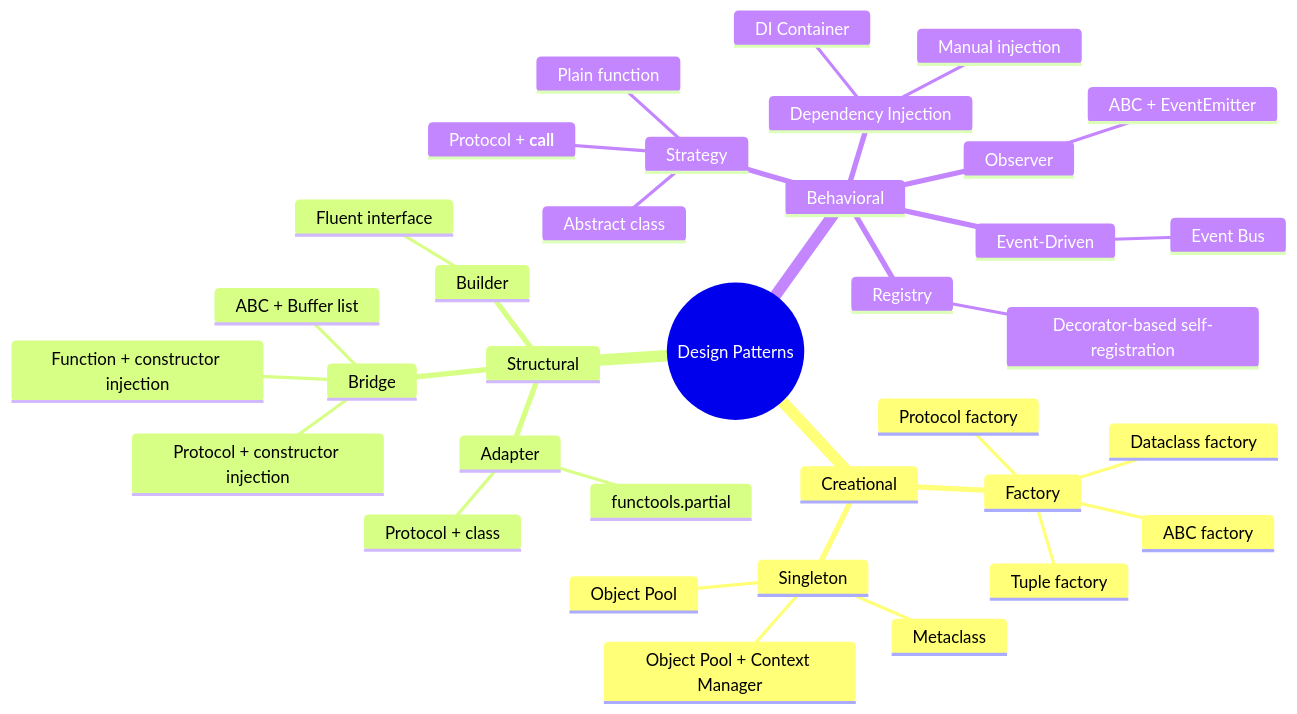
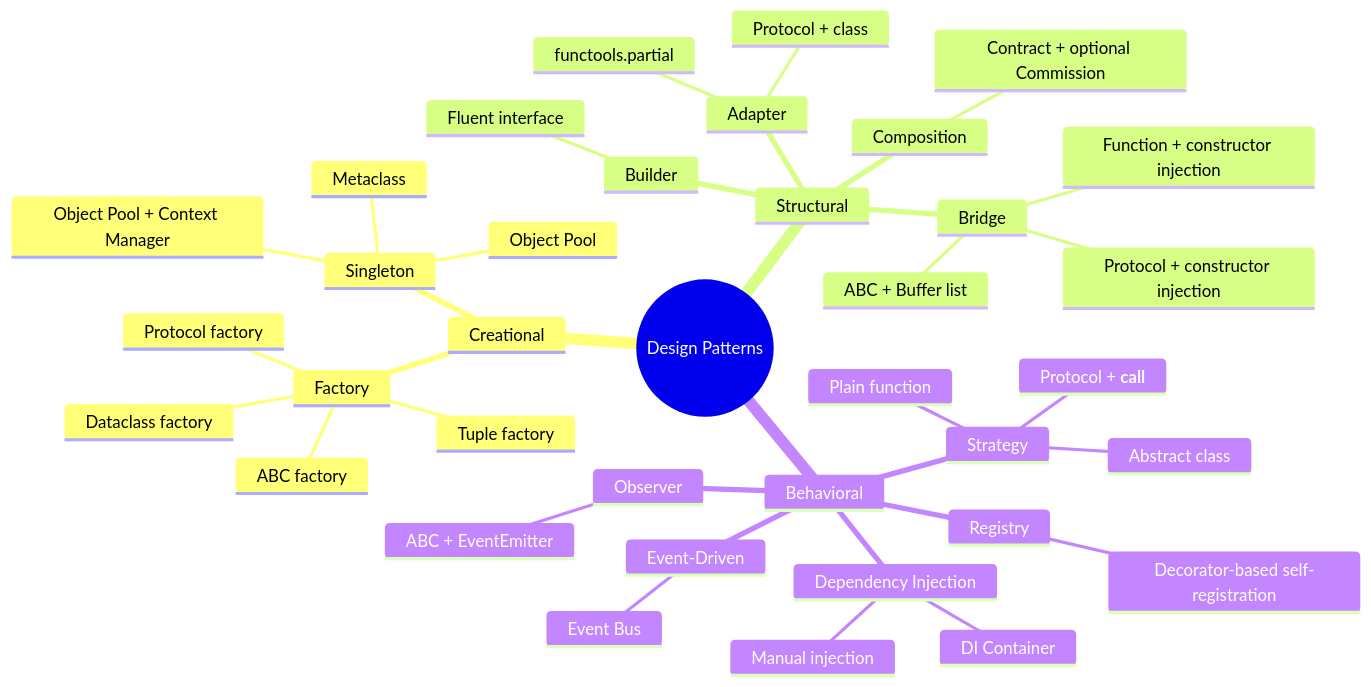
One commit to ka-us-tubh/design-pattern changed the diagram in README.md. Above: the diagram before and after it, drawn with Mermaid. The commit also changed other lines of this file and 2 other files, not shown here.

Commit message:
composition added

````diff
--- a/README.md
+++ b/README.md
@@ -77,38 +80,40 @@
 ```mermaid
 mindmap
   root((Design Patterns))
     Creational
       Factory
         ABC factory
         Protocol factory
         Dataclass factory
         Tuple factory
       Singleton
         Metaclass
         Object Pool
         Object Pool + Context Manager
     Structural
       Adapter
         Protocol + class
         functools.partial
       Bridge
         ABC + Buffer list
         Protocol + constructor injection
         Function + constructor injection
       Builder
         Fluent interface
+      Composition
+        Contract + optional Commission
     Behavioral
       Strategy
         Abstract class
         Protocol + __call__
         Plain function
       Observer
         ABC + EventEmitter
       Dependency Injection
         Manual injection
         DI Container
       Registry
         Decorator-based self-registration
       Event-Driven
         Event Bus
 ```
````
